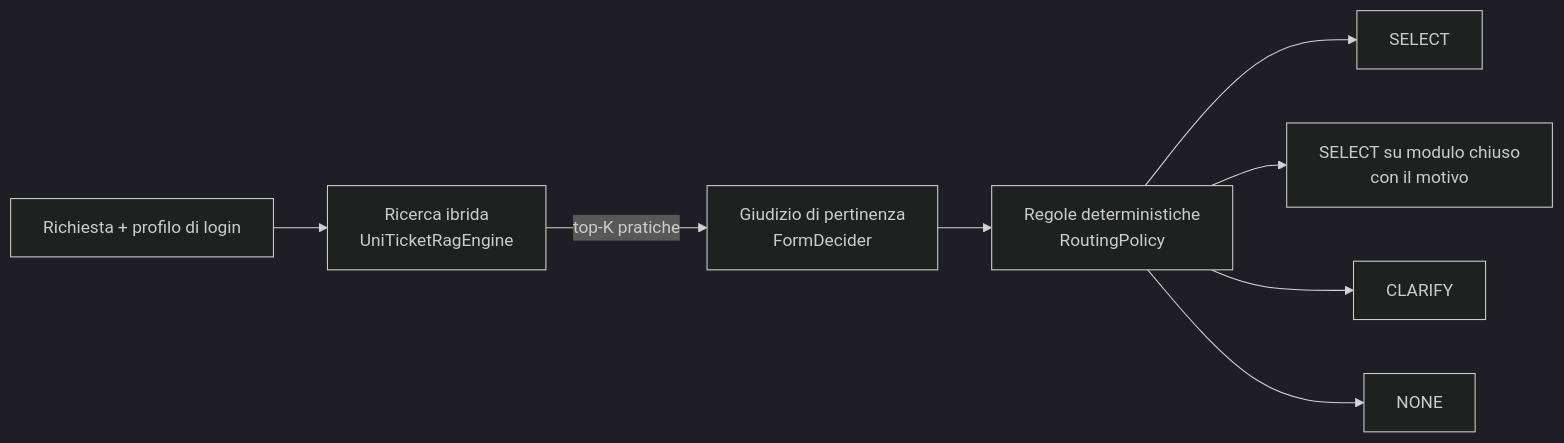
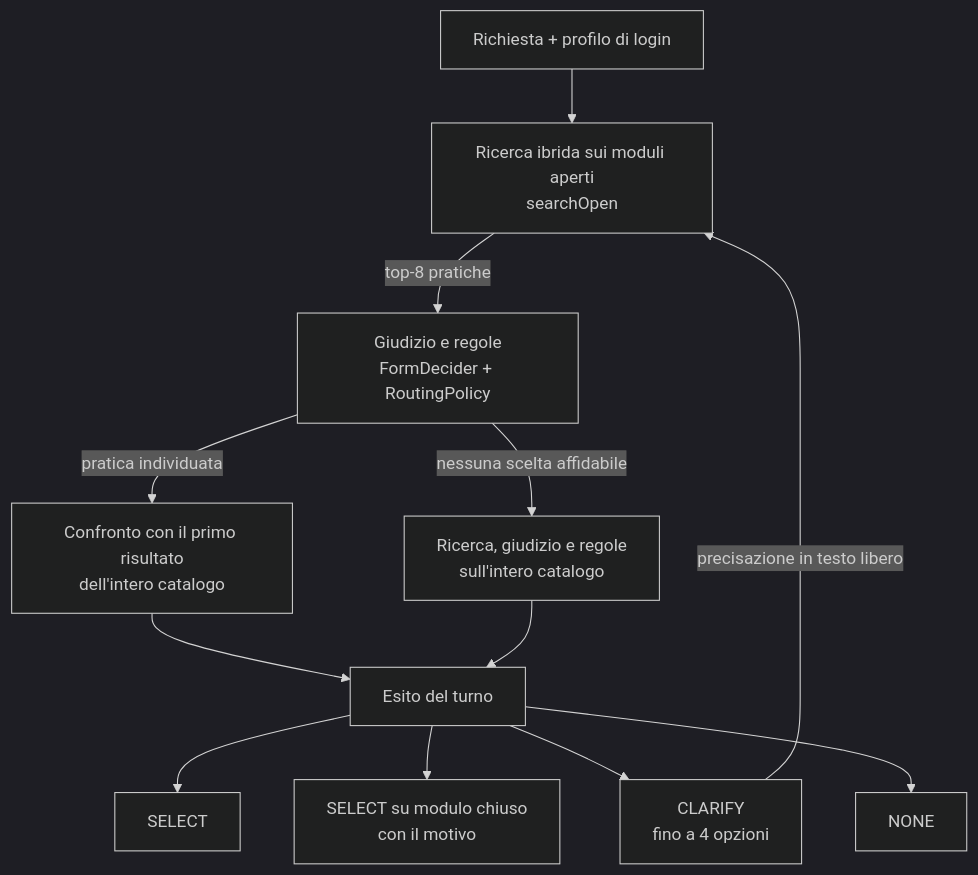
Before and after one commit to Agile-Software-Development-2026-2027/uniticket-group-10: the diagram in ARCHITECTURE.md, drawn with Mermaid (dark theme). The commit also changed other lines of this file and 1 other file, not shown here.

Commit message:
docs: explain the full request flow and document Gemini

````diff
--- a/ARCHITECTURE.md
+++ b/ARCHITECTURE.md
@@ -11,10 +11,14 @@
 ```mermaid
-flowchart LR
-    U["Richiesta + profilo di login"] --> S["Ricerca ibrida\nUniTicketRagEngine"]
-    S -->|"top-K pratiche"| D["Giudizio di pertinenza\nFormDecider"]
-    D --> P["Regole deterministiche\nRoutingPolicy"]
-    P --> A["SELECT"]
-    P --> B["SELECT su modulo chiuso\ncon il motivo"]
-    P --> C["CLARIFY"]
-    P --> E["NONE"]
+flowchart TD
+    U["Richiesta + profilo di login"] --> O["Ricerca ibrida sui moduli aperti\nsearchOpen"]
+    O -->|"top-8 pratiche"| D["Giudizio e regole\nFormDecider + RoutingPolicy"]
+    D -->|"pratica individuata"| R["Confronto con il primo risultato\ndell'intero catalogo"]
+    D -->|"nessuna scelta affidabile"| W["Ricerca, giudizio e regole\nsull'intero catalogo"]
+    R --> E["Esito del turno"]
+    W --> E
+    E --> A["SELECT"]
+    E --> B["SELECT su modulo chiuso\ncon il motivo"]
+    E --> C["CLARIFY\nfino a 4 opzioni"]
+    E --> N["NONE"]
+    C -->|"precisazione in testo libero"| O
 ```
````
